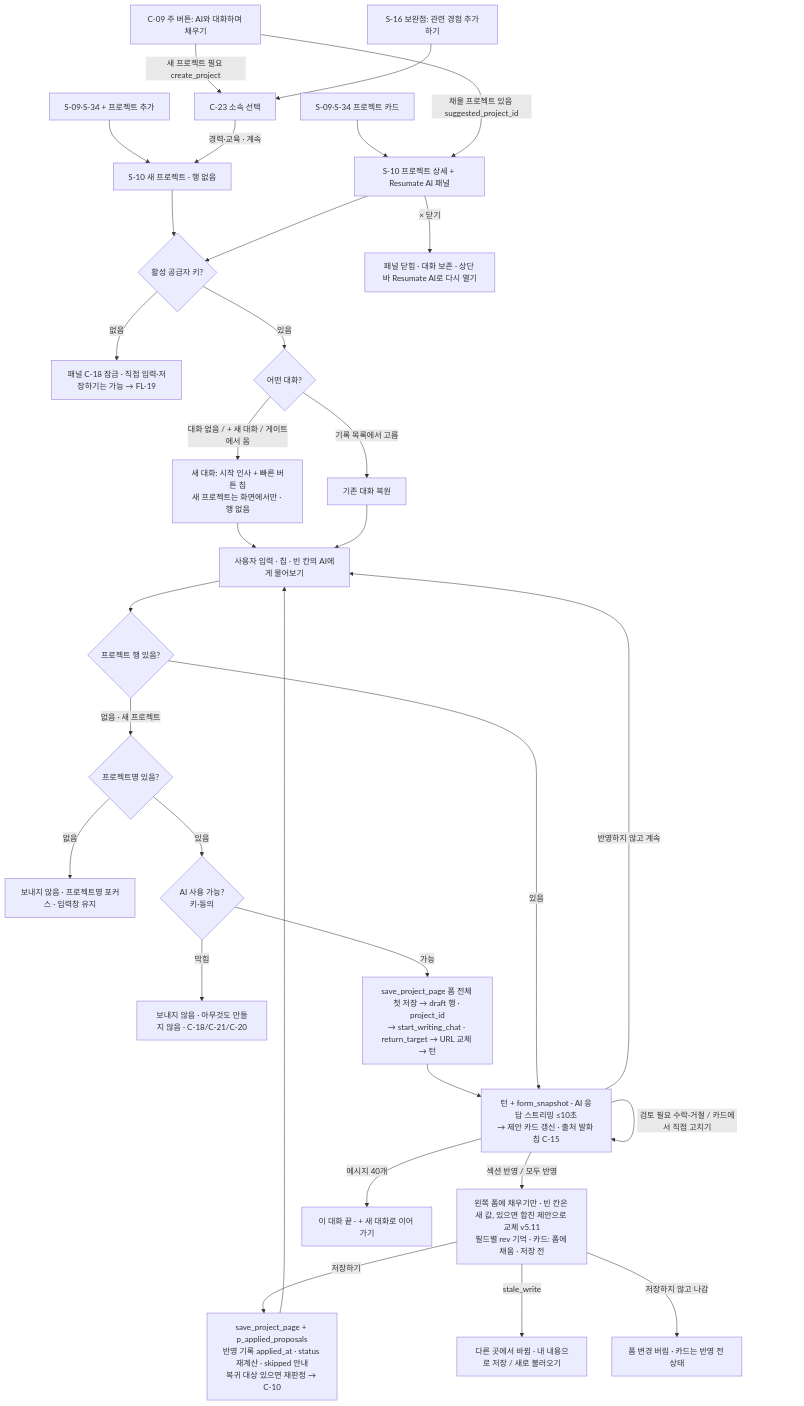
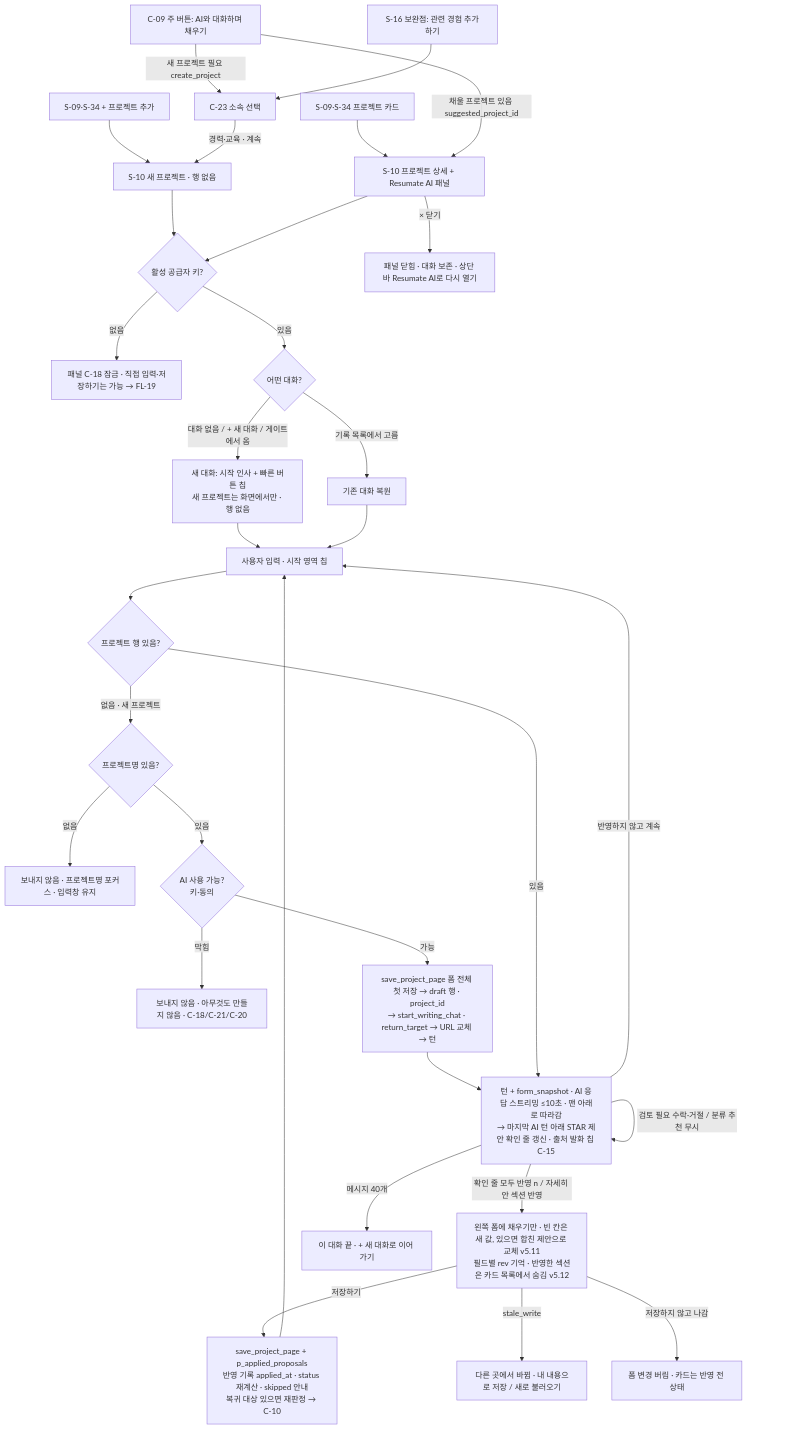
One commit to j-hyunn/resumate changed the fourth of 21 diagrams in docs/planning/02-user-flows.md. Above: the diagram before and after it, drawn with Mermaid. The commit also changed other lines of this file and 78 other files, not shown here.

````diff
--- a/docs/planning/02-user-flows.md
+++ b/docs/planning/02-user-flows.md
@@ -329,34 +330,34 @@
 ```mermaid
 flowchart TD
   A1[S-09·S-34 + 프로젝트 추가] --> PN[S-10 새 프로젝트 · 행 없음]
   A2[S-09·S-34 프로젝트 카드] --> P
   A3[C-09 주 버튼: AI와 대화하며 채우기] -->|채울 프로젝트 있음 suggested_project_id| P
   A3 -->|새 프로젝트 필요 create_project| C23[C-23 소속 선택]
   A4[S-16 보완점: 관련 경험 추가하기] --> C23
   C23 -->|경력·교육 · 계속| PN
   PN --> K
   P[S-10 프로젝트 상세 + Resumate AI 패널] --> K{활성 공급자 키?}
   K -->|없음| LK[패널 C-18 잠금 · 직접 입력·저장하기는 가능 → FL-19]
   K -->|있음| H{어떤 대화?}
   H -->|대화 없음 / + 새 대화 / 게이트에서 옴| S[새 대화: 시작 인사 + 빠른 버튼 칩<br/>새 프로젝트는 화면에서만 · 행 없음]
   H -->|기록 목록에서 고름| R[기존 대화 복원]
-  S --> Q[사용자 입력 · 칩 · 빈 칸의 AI에게 물어보기]
+  S --> Q[사용자 입력 · 시작 영역 칩]
   R --> Q
   Q --> NP{프로젝트 행 있음?}
   NP -->|없음 · 새 프로젝트| NM{프로젝트명 있음?}
   NM -->|없음| NB[보내지 않음 · 프로젝트명 포커스 · 입력창 유지]
   NM -->|있음| AV{AI 사용 가능?<br/>키·동의}
   AV -->|막힘| NB2[보내지 않음 · 아무것도 만들지 않음 · C-18/C-21/C-20]
   AV -->|가능| CR[save_project_page 폼 전체 첫 저장 → draft 행 · project_id<br/>→ start_writing_chat · return_target → URL 교체 → 턴]
   CR --> U
-  NP -->|있음| U[턴 + form_snapshot · AI 응답 스트리밍 ≤10초<br/>→ 제안 카드 갱신 · 출처 발화 칩 C-15]
-  U -->|섹션 반영 / 모두 반영| W[왼쪽 폼에 채우기만 · 빈 칸은 새 값, 있으면 합친 제안으로 교체 v5.11<br/>필드별 rev 기억 · 카드: 폼에 채움 · 저장 전]
+  NP -->|있음| U[턴 + form_snapshot · AI 응답 스트리밍 ≤10초 · 맨 아래로 따라감<br/>→ 마지막 AI 턴 아래 STAR 제안 확인 줄 갱신 · 출처 발화 칩 C-15]
+  U -->|확인 줄 모두 반영 n / 자세히 안 섹션 반영| W[왼쪽 폼에 채우기만 · 빈 칸은 새 값, 있으면 합친 제안으로 교체 v5.11<br/>필드별 rev 기억 · 반영한 섹션은 카드 목록에서 숨김 v5.12]
   W -->|저장하기| SV[save_project_page + p_applied_proposals<br/>반영 기록 applied_at · status 재계산 · skipped 안내<br/>복귀 대상 있으면 재판정 → C-10]
   W -->|stale_write| ST[다른 곳에서 바뀜 · 내 내용으로 저장 / 새로 불러오기]
   W -->|저장하지 않고 나감| DIS[폼 변경 버림 · 카드는 반영 전 상태]
-  U -->|검토 필요 수락·거절 / 카드에서 직접 고치기| U
+  U -->|검토 필요 수락·거절 / 분류 추천 무시| U
   U -->|반영하지 않고 계속| Q
   SV --> Q
   U -->|메시지 40개| NN[이 대화 끝 · + 새 대화로 이어 가기]
   P -->|× 닫기| CL[패널 닫힘 · 대화 보존 · 상단 바 Resumate AI로 다시 열기]
 ```
````
